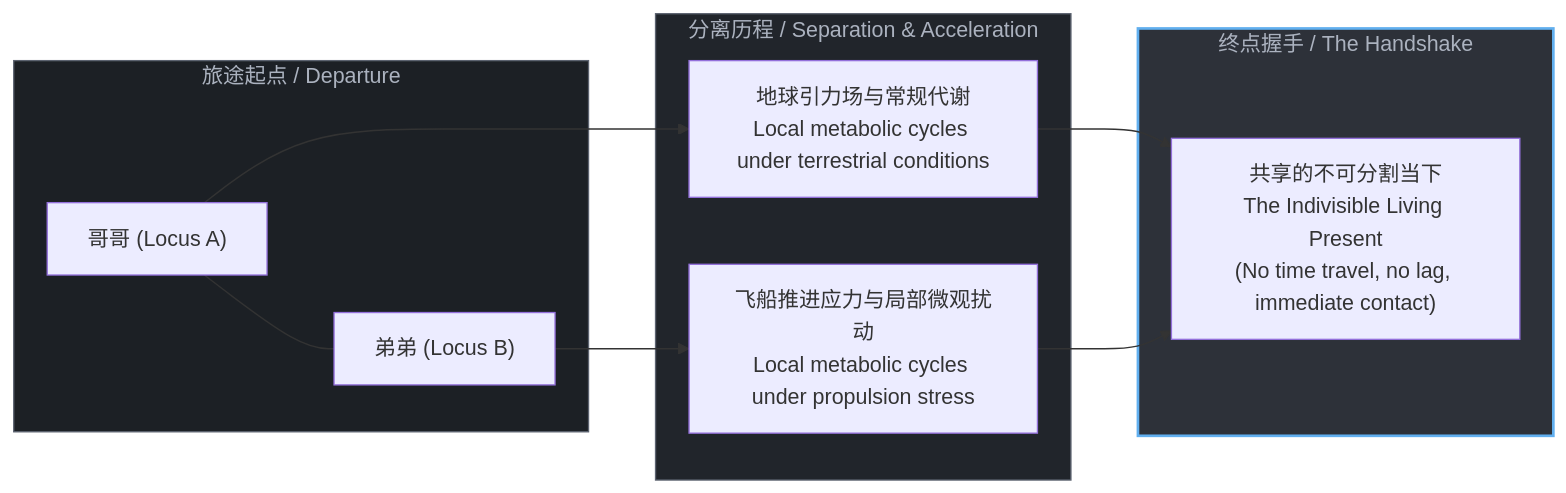
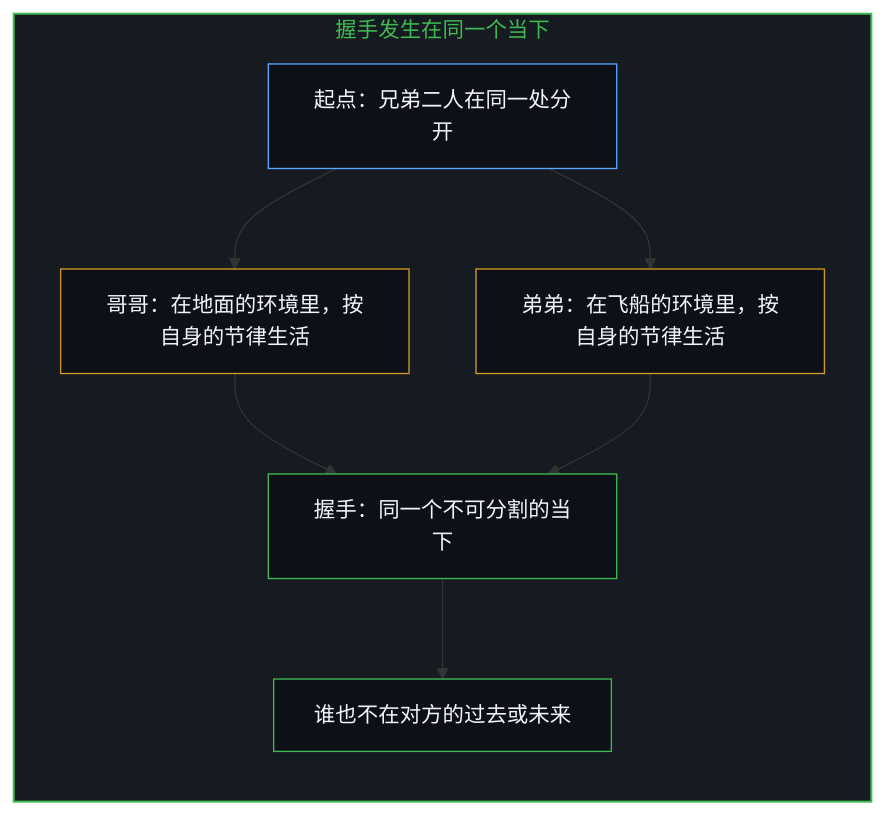
One commit to powerpig99/not-a-toe changed the ninth of 18 diagrams in content/posts/the-twin-paradox-and-the-hidden-observer.md. Above: the diagram before and after it, drawn with Mermaid. The commit also changed other lines of this file and 3 other files, not shown here.

Commit message:
Refine the-twin-paradox-and-the-hidden-observer: alternating bilingual layout, nine paired diagrams, projected time and lived time, implicit first person

````diff
--- a/content/posts/the-twin-paradox-and-the-hidden-observer.md
+++ b/content/posts/the-twin-paradox-and-the-hidden-observer.md
@@ -261,22 +293,23 @@
 ```mermaid
-graph LR
-    subgraph S1["旅途起点 / Departure"]
-        A1["哥哥 (Locus A)"] --- B1["弟弟 (Locus B)"]
+flowchart TD
+    subgraph S_Hand["握手发生在同一个当下"]
+        direction TB
+        Depart["起点：兄弟二人在同一处分开"]
+        Earth["哥哥：在地面的环境里，按自身的节律生活"]
+        Ship["弟弟：在飞船的环境里，按自身的节律生活"]
+        Hand["握手：同一个不可分割的当下"]
+        Neither["谁也不在对方的过去或未来"]
+        Depart --> Earth
+        Depart --> Ship
+        Earth --> Hand
+        Ship --> Hand
+        Hand --> Neither
     end
 
-    subgraph S2["分离历程 / Separation & Acceleration"]
-        A2["地球引力场与常规代谢<br>Local metabolic cycles under terrestrial conditions"]
-        B2["飞船推进应力与局部微观扰动<br>Local metabolic cycles under propulsion stress"]
-    end
-
-    subgraph S3["终点握手 / The Handshake"]
-        Handshake["共享的不可分割当下<br>The Indivisible Living Present<br>(No time travel, no lag, immediate contact)"]
-    end
-
-    A1 --> A2 --> Handshake
-    B1 --> B2 --> Handshake
-
-    style S1 fill:#1c2025,stroke:#5c6370,color:#abb2bf
-    style S2 fill:#21252b,stroke:#5c6370,color:#abb2bf
-    style S3 fill:#2d3139,stroke:#61afef,stroke-width:2px,color:#abb2bf
+    style S_Hand fill:#161b22,stroke:#3fb950,stroke-width:1.5px,color:#3fb950
+    style Depart fill:#0d1117,stroke:#58a6ff,stroke-width:1px,color:#f0f6fc
+    style Earth fill:#0d1117,stroke:#d29922,stroke-width:1px,color:#f0f6fc
+    style Ship fill:#0d1117,stroke:#d29922,stroke-width:1px,color:#f0f6fc
+    style Hand fill:#0d1117,stroke:#3fb950,stroke-width:1px,color:#f0f6fc
+    style Neither fill:#0d1117,stroke:#3fb950,stroke-width:1px,color:#f0f6fc
 ```
````
